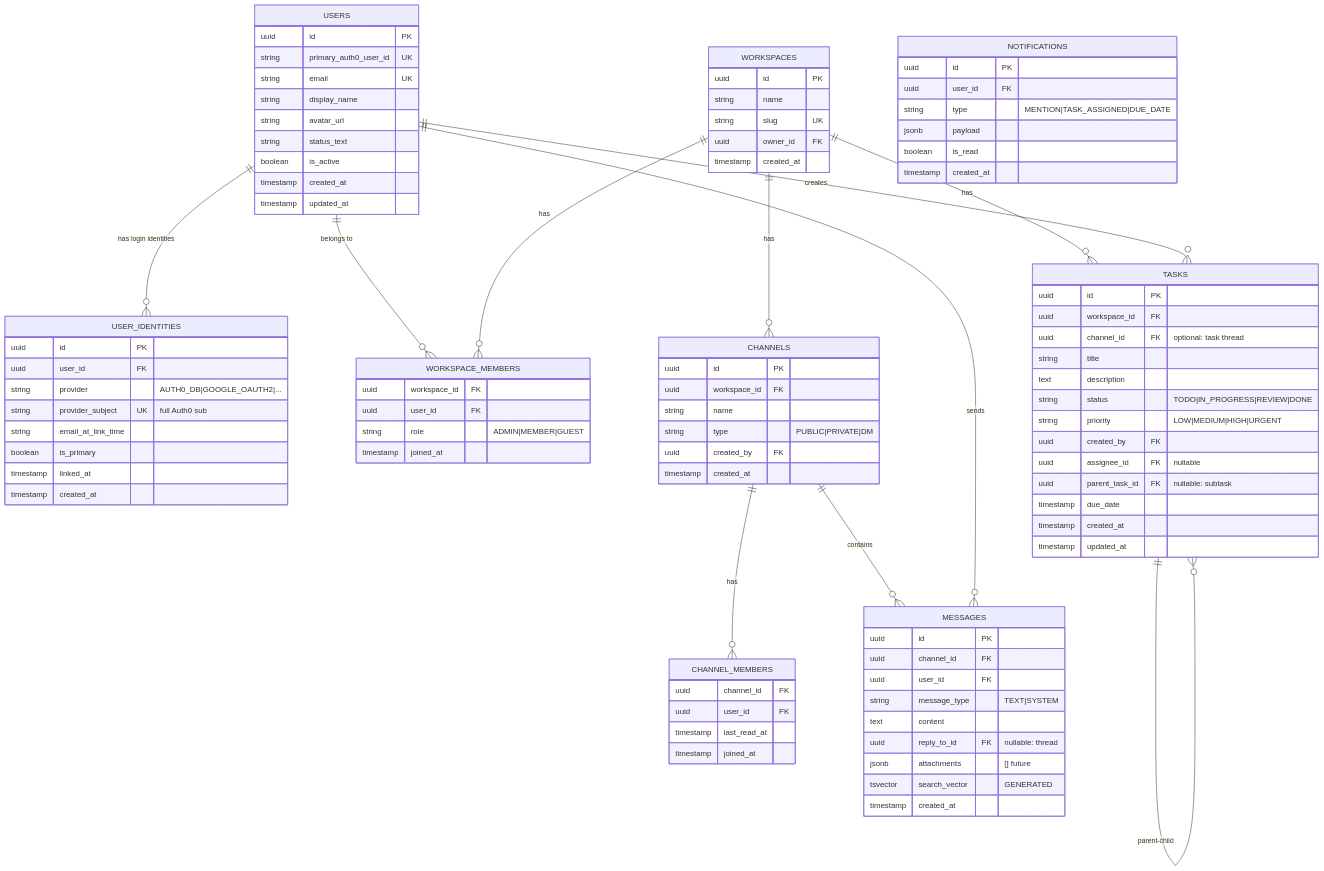
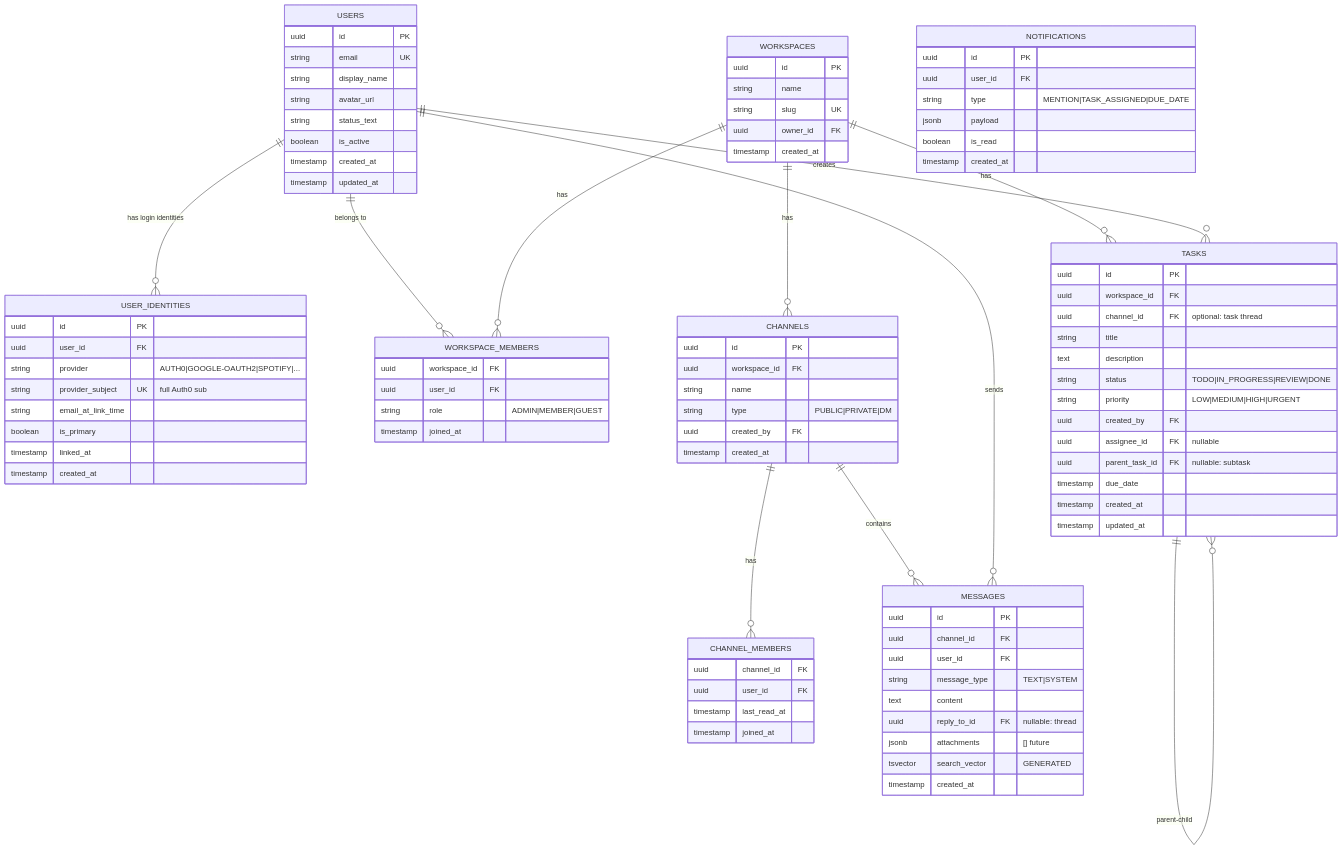
One commit to Kash4299/todo-chat-app changed the fourth of 4 diagrams in docs/architecture.md. Above: the diagram before and after it, drawn with Mermaid. The commit also changed other lines of this file and 1 other file, not shown here.

```diff
--- a/docs/architecture.md
+++ b/docs/architecture.md
@@ -348,7 +347,6 @@
 erDiagram
     USERS {
         uuid id PK
-        string primary_auth0_user_id UK
         string email UK
         string display_name
         string avatar_url
@@ -361,7 +359,7 @@
     USER_IDENTITIES {
         uuid id PK
         uuid user_id FK
-        string provider "AUTH0_DB|GOOGLE_OAUTH2|..."
+        string provider "AUTH0|GOOGLE-OAUTH2|SPOTIFY|..."
         string provider_subject UK "full Auth0 sub"
         string email_at_link_time
         boolean is_primary
```
